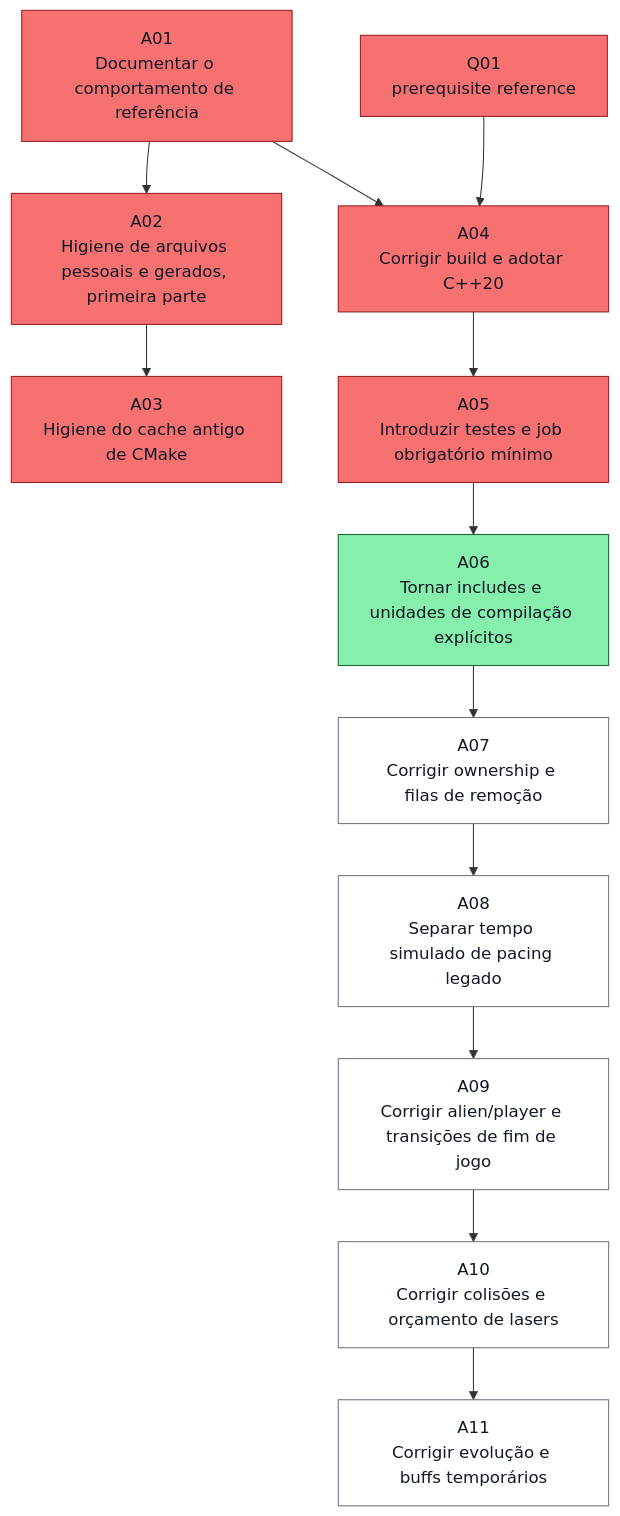
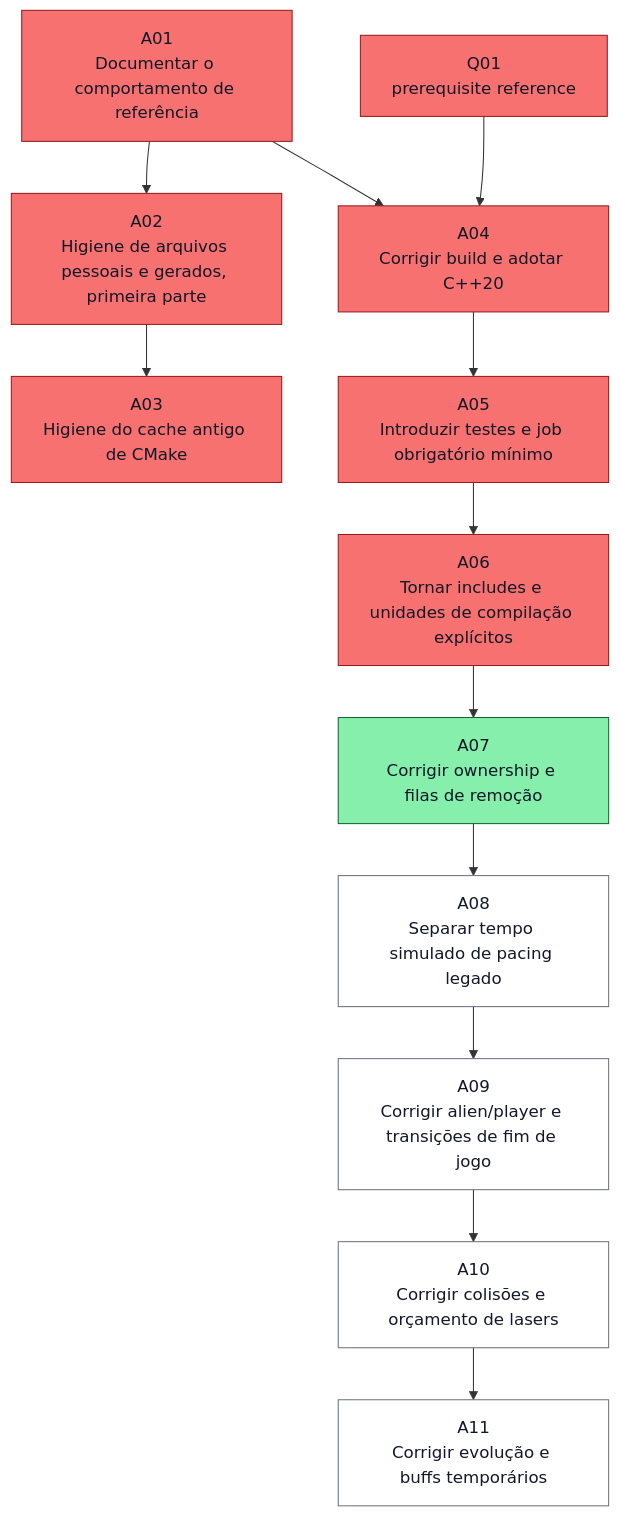
One commit to ocarizr/spaceraiders changed the second of 27 diagrams in docs/task-dependencies.md. Above: the diagram before and after it, drawn with Mermaid. The commit also changed other lines of this file and 9 other files, not shown here.

````diff
--- a/docs/task-dependencies.md
+++ b/docs/task-dependencies.md
@@ -113,29 +116,29 @@
 ```mermaid
 flowchart TD
     ref_A_Q01["Q01<br/>prerequisite reference"]:::done
     A01["A01<br/>Documentar o comportamento de referência"]:::done
     A02["A02<br/>Higiene de arquivos pessoais e gerados, primeira parte"]:::done
     A03["A03<br/>Higiene do cache antigo de CMake"]:::done
     A04["A04<br/>Corrigir build e adotar C++20"]:::done
     A05["A05<br/>Introduzir testes e job obrigatório mínimo"]:::done
-    A06["A06<br/>Tornar includes e unidades de compilação explícitos"]:::ready
-    A07["A07<br/>Corrigir ownership e filas de remoção"]:::pending
+    A06["A06<br/>Tornar includes e unidades de compilação explícitos"]:::done
+    A07["A07<br/>Corrigir ownership e filas de remoção"]:::ready
     A08["A08<br/>Separar tempo simulado de pacing legado"]:::pending
     A09["A09<br/>Corrigir alien/player e transições de fim de jogo"]:::pending
     A10["A10<br/>Corrigir colisões e orçamento de lasers"]:::pending
     A11["A11<br/>Corrigir evolução e buffs temporários"]:::pending
     A01 --> A02
     A02 --> A03
     A01 --> A04
     ref_A_Q01 --> A04
     A04 --> A05
     A05 --> A06
     A06 --> A07
     A07 --> A08
     A08 --> A09
     A09 --> A10
     A10 --> A11
     classDef pending fill:#ffffff,stroke:#6b7280,color:#111827
     classDef ready fill:#86efac,stroke:#166534,color:#111827
     classDef done fill:#f87171,stroke:#991b1b,color:#111827
 ```
````
